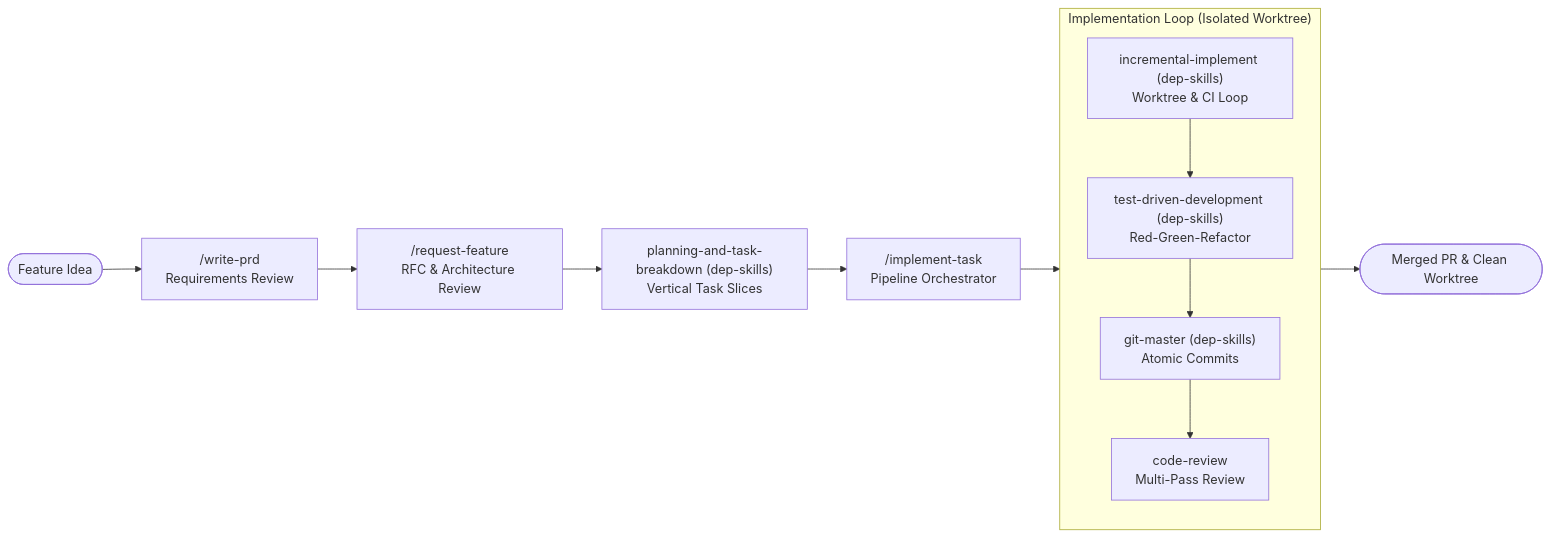
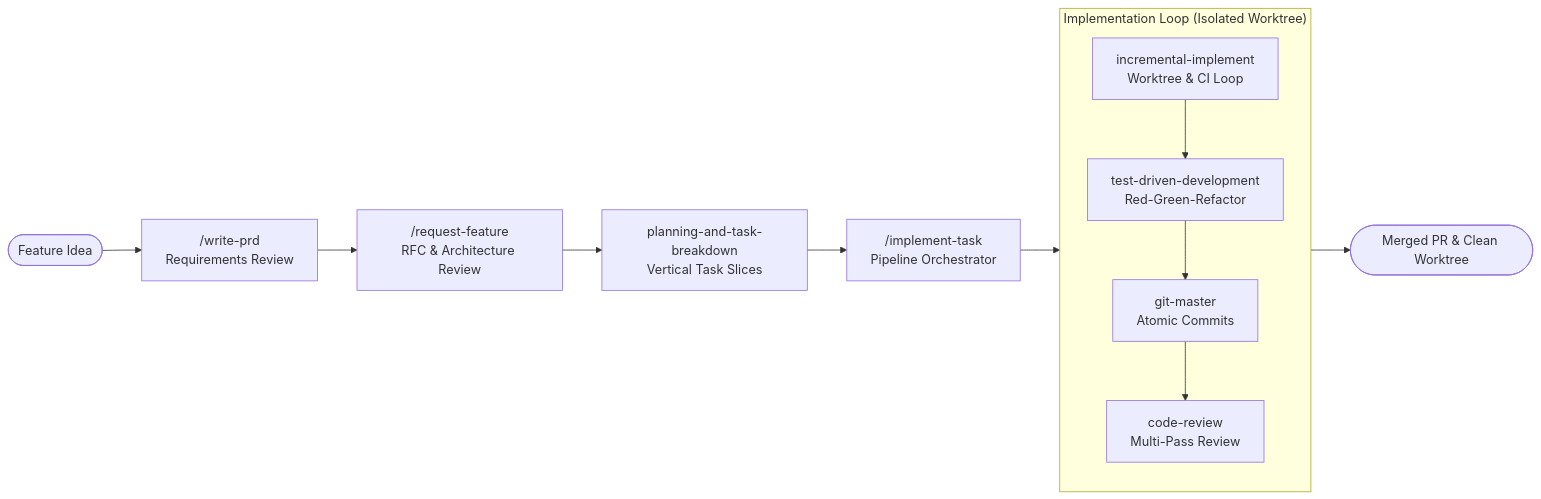
One commit to allanbian1017/skills changed the first of 2 diagrams in README.md. Above: the diagram before and after it, drawn with Mermaid. The commit also changed other lines of this file and 10 other files, not shown here.

````diff
--- a/README.md
+++ b/README.md
@@ -44,19 +44,19 @@
 ```mermaid
 flowchart LR
     Idea([Feature Idea]) --> prd["/write-prd\nRequirements Review"]
     prd --> rfc["/request-feature\nRFC & Architecture Review"]
-    rfc --> planning["planning-and-task-breakdown (dep-skills)\nVertical Task Slices"]
+    rfc --> planning["planning-and-task-breakdown\nVertical Task Slices"]
     planning --> orchestrator["/implement-task\nPipeline Orchestrator"]
     
     subgraph Implementation ["Implementation Loop (Isolated Worktree)"]
         direction TB
-        incremental["incremental-implement (dep-skills)\nWorktree & CI Loop"]
-        tdd["test-driven-development (dep-skills)\nRed-Green-Refactor"]
-        git_master["git-master (dep-skills)\nAtomic Commits"]
+        incremental["incremental-implement\nWorktree & CI Loop"]
+        tdd["test-driven-development\nRed-Green-Refactor"]
+        git_master["git-master\nAtomic Commits"]
         code_review["code-review\nMulti-Pass Review"]
         incremental --> tdd --> git_master --> code_review
     end
 
     orchestrator --> Implementation
     Implementation --> PR([Merged PR & Clean Worktree])
 ```
````
